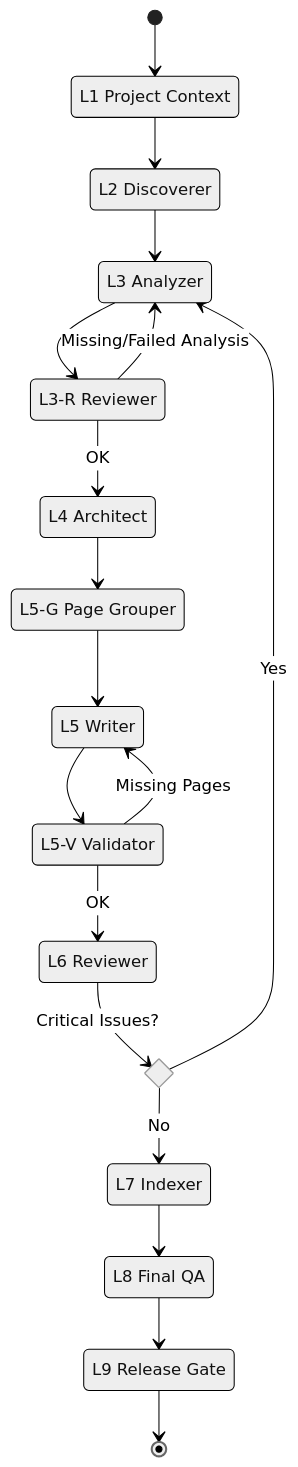
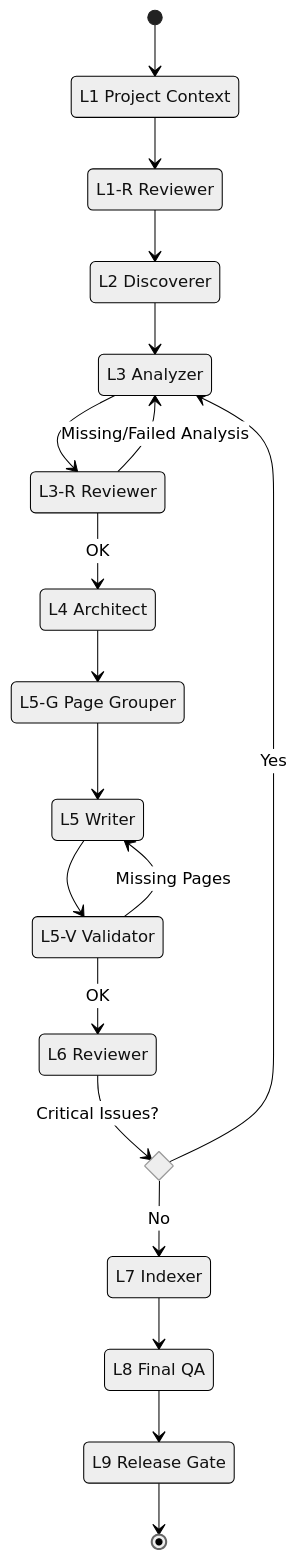
The diagram in docs/agent-orchestration.md (ifapmzadu6/vscode-copilot-deepwiki-extention), drawn with Mermaid (neutral theme) before and after one commit. The commit also changed other lines of this file and 3 other files, not shown here.

First line of the commit message:
feat: add L1 project context verification step in L4 Architect (#159)

````diff
--- a/docs/agent-orchestration.md
+++ b/docs/agent-orchestration.md
@@ -86,35 +87,37 @@
 ```mermaid
 stateDiagram-v2
     [*] --> L1
     state "L1 Project Context" as L1
+    state "L1-R Reviewer" as L1R
     state "L2 Discoverer" as L2
     state "L3 Analyzer" as L3
     state "L3-R Reviewer" as L3R
     state "L4 Architect" as L4
     state "L5-G Page Grouper" as L5G
     state "L5 Writer" as L5
     state "L5-V Validator" as L5V
     state "L6 Reviewer" as L6
     state "L7 Indexer" as L7
     state "L8 Final QA" as L8
     state "L9 Release Gate" as L9
 
-    L1 --> L2
+    L1 --> L1R
+    L1R --> L2
     L2 --> L3
     L3 --> L3R
     L3R --> L3: Missing/Failed Analysis
     L3R --> L4: OK
     L4 --> L5G
     L5G --> L5
     L5 --> L5V
     L5V --> L5: Missing Pages
     L5V --> L6: OK
 
     state L6_Decision <<choice>>
     L6 --> L6_Decision: Critical Issues?
     L6_Decision --> L3: Yes
     L6_Decision --> L7: No
     L7 --> L8
     L8 --> L9
     L9 --> [*]
 ```
````
